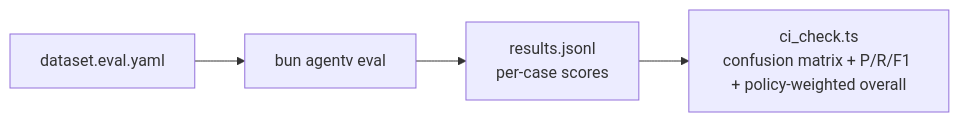
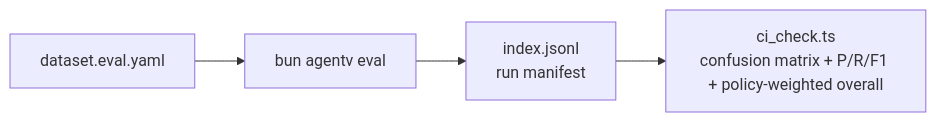
One commit to EntityProcess/agentv changed the first of 2 diagrams in examples/showcase/export-screening/README.md. Above: the diagram before and after it, drawn with Mermaid. The commit also changed other lines of this file and 26 other files, not shown here.

First line of the commit message:
refactor(results): migrate first-party consumers to index manifest (#741)

````diff
--- a/examples/showcase/export-screening/README.md
+++ b/examples/showcase/export-screening/README.md
@@ -68,6 +70,6 @@
 ```mermaid
 flowchart LR
     A[dataset.eval.yaml] --> B[bun agentv eval]
-    B --> C[results.jsonl<br/>per-case scores]
+    B --> C[index.jsonl<br/>run manifest]
     C --> D[ci_check.ts<br/>confusion matrix + P/R/F1 + policy-weighted overall]
 ```
````
